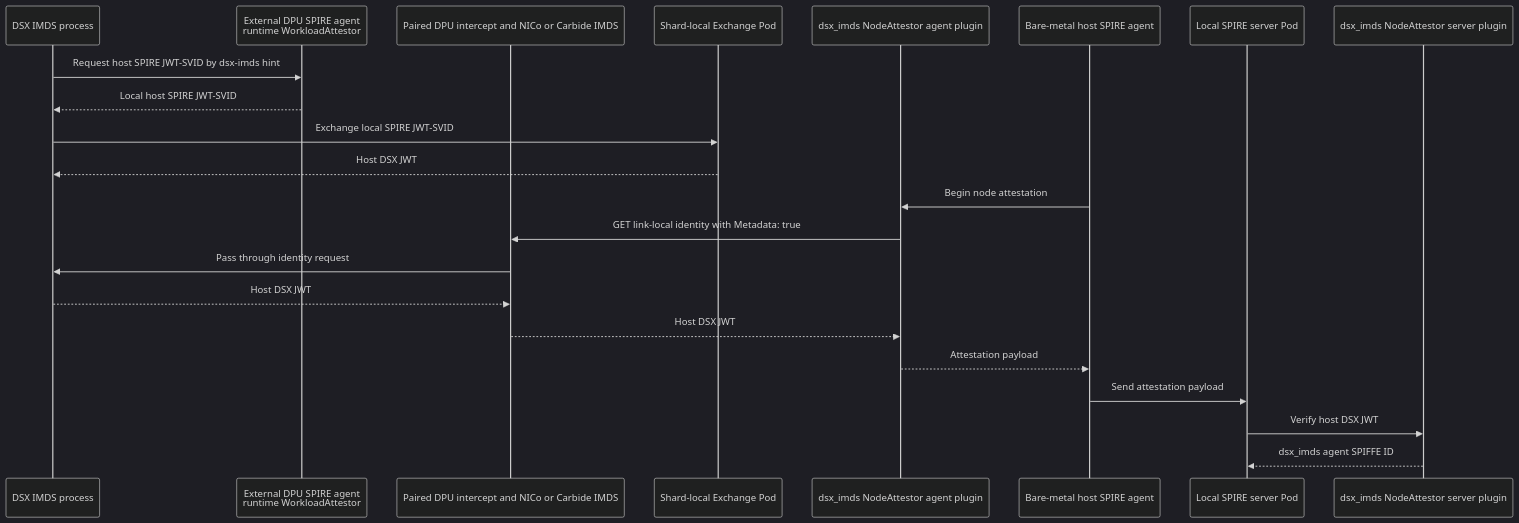
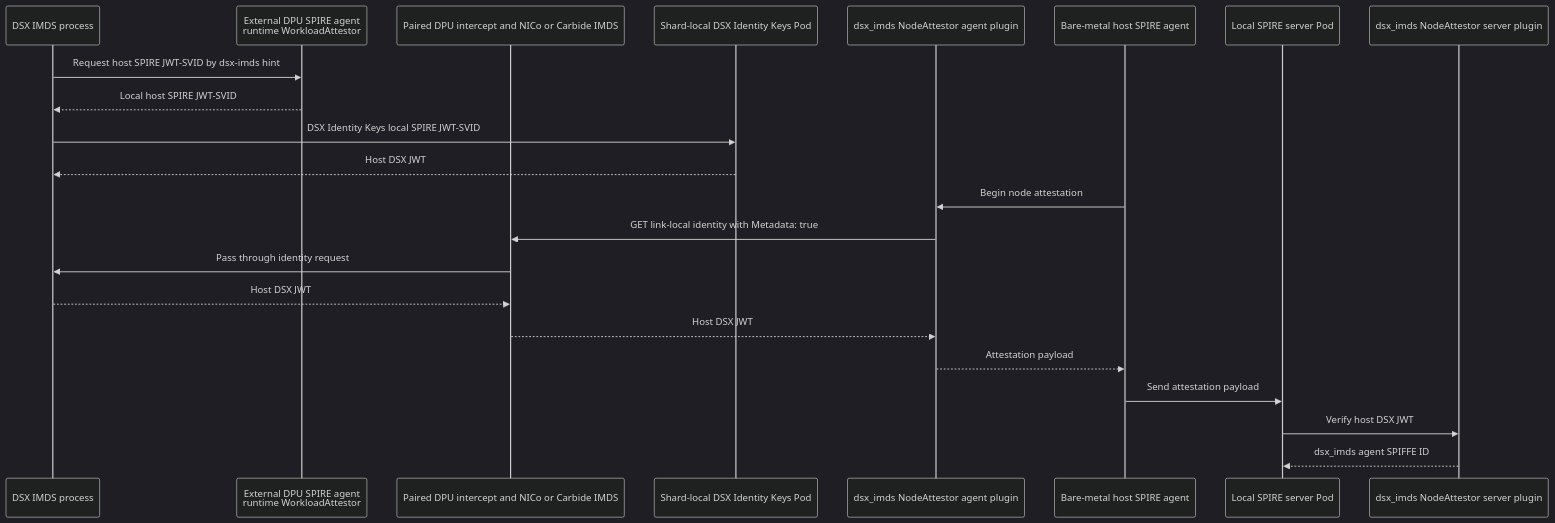
One commit to dsx-ai-factory/nvidia-workload-identity changed the second of 2 diagrams in cmd/dsx-imds-node-attestor-agent/README.md. Above: the diagram before and after it, drawn with Mermaid (dark theme). The commit also changed other lines of this file and 68 other files, not shown here.

Commit message:
fix!: rename component to dsx-identity-keys

````diff
--- a/cmd/dsx-imds-node-attestor-agent/README.md
+++ b/cmd/dsx-imds-node-attestor-agent/README.md
@@ -45,24 +45,24 @@
 ```mermaid
 sequenceDiagram
     participant DI as DSX IMDS process
     participant DA as External DPU SPIRE agent<br/>runtime WorkloadAttestor
     participant NI as Paired DPU intercept and NICo or Carbide IMDS
-    participant EX as Shard-local Exchange Pod
+    participant EX as Shard-local DSX Identity Keys Pod
     participant AP as dsx_imds NodeAttestor agent plugin
     participant HA as Bare-metal host SPIRE agent
     participant SS as Local SPIRE server Pod
     participant SP as dsx_imds NodeAttestor server plugin
     DI->>DA: Request host SPIRE JWT-SVID by dsx-imds hint
     DA-->>DI: Local host SPIRE JWT-SVID
-    DI->>EX: Exchange local SPIRE JWT-SVID
+    DI->>EX: DSX Identity Keys local SPIRE JWT-SVID
     EX-->>DI: Host DSX JWT
     HA->>AP: Begin node attestation
     AP->>NI: GET link-local identity with Metadata: true
     NI->>DI: Pass through identity request
     DI-->>NI: Host DSX JWT
     NI-->>AP: Host DSX JWT
     AP-->>HA: Attestation payload
     HA->>SS: Send attestation payload
     SS->>SP: Verify host DSX JWT
     SP-->>SS: dsx_imds agent SPIFFE ID
 ```
````
